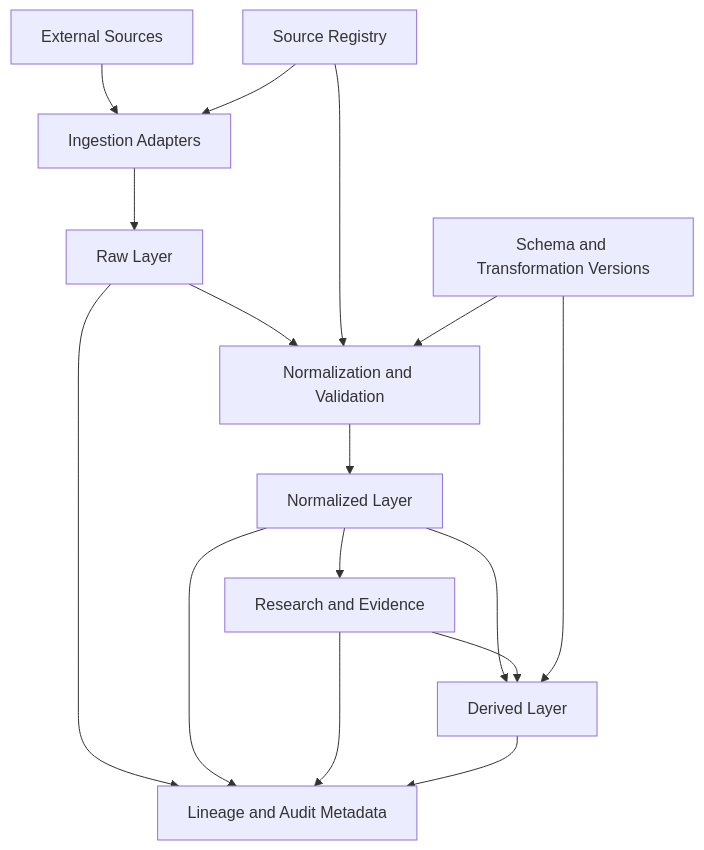
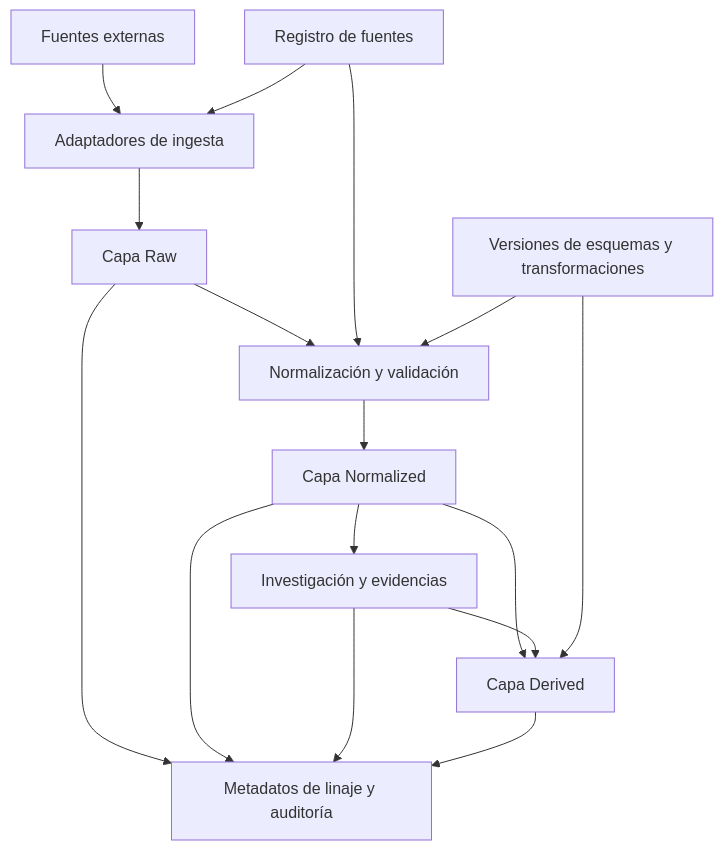
One commit to Osleyder1985/Crypto-Causality-Intelligence changed the diagram in docs/architecture/data-architecture.md. Above: the diagram before and after it, drawn with Mermaid. The commit also changed other lines of this file, not shown here.

````diff
--- a/docs/architecture/data-architecture.md
+++ b/docs/architecture/data-architecture.md
@@ -21,18 +21,18 @@
 ```mermaid
 flowchart TD
-    A[External Sources] --> B[Ingestion Adapters]
-    B --> C[Raw Layer]
-    C --> D[Normalization and Validation]
-    D --> E[Normalized Layer]
-    E --> F[Research and Evidence]
-    E --> G[Derived Layer]
+    A[Fuentes externas] --> B[Adaptadores de ingesta]
+    B --> C[Capa Raw]
+    C --> D[Normalización y validación]
+    D --> E[Capa Normalized]
+    E --> F[Investigación y evidencias]
+    E --> G[Capa Derived]
     F --> G
-    H[Source Registry] --> B
+    H[Registro de fuentes] --> B
     H --> D
-    I[Schema and Transformation Versions] --> D
+    I[Versiones de esquemas y transformaciones] --> D
     I --> G
-    C --> J[Lineage and Audit Metadata]
+    C --> J[Metadatos de linaje y auditoría]
     E --> J
     F --> J
     G --> J
 ```
````
